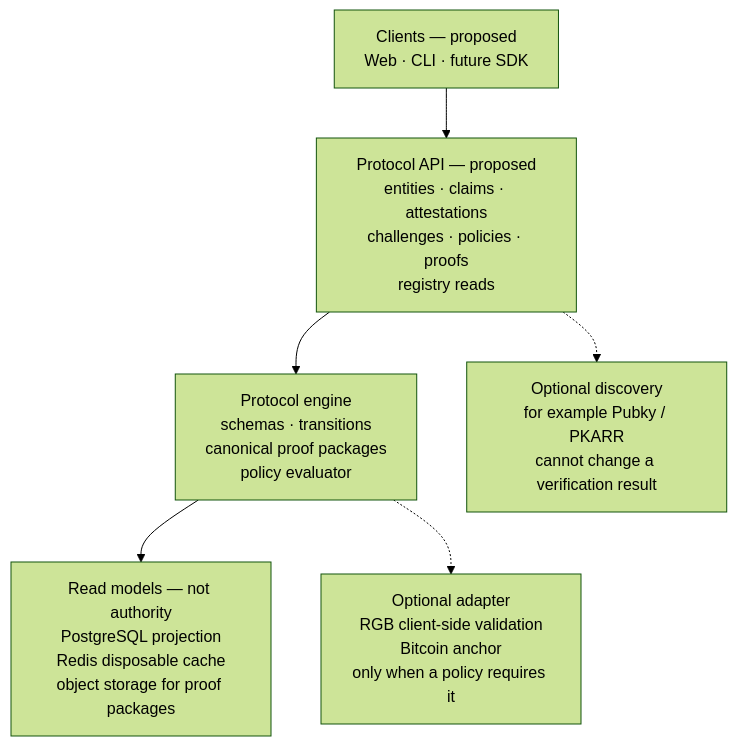
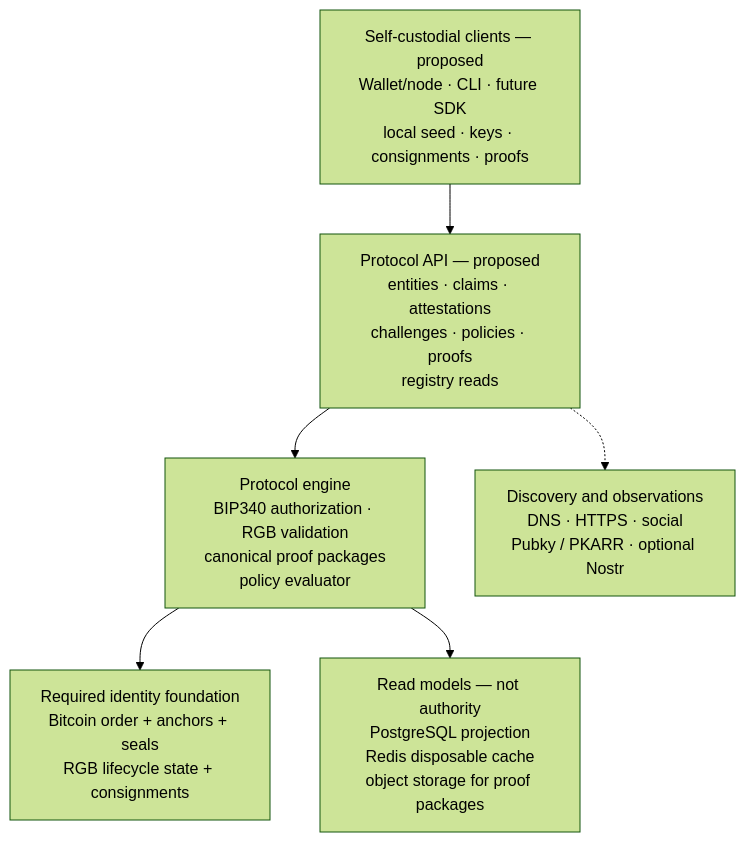
One commit to EdwinKestler/o2a-protocol changed the diagram in docs/diagrams/05-software-stack-architecture.md. Above: the diagram before and after it, drawn with Mermaid (forest theme). The commit also changed other lines of this file and 46 other files, not shown here.

Commit message:
Align O2A with Bitcoin-rooted self-custodial identity

````diff
--- a/docs/diagrams/05-software-stack-architecture.md
+++ b/docs/diagrams/05-software-stack-architecture.md
@@ -5,14 +9,14 @@
 ```mermaid
 flowchart TB
-    WC["Clients — proposed<br/>Web · CLI · future SDK"]
+    WC["Self-custodial clients — proposed<br/>Wallet/node · CLI · future SDK<br/>local seed · keys · consignments · proofs"]
     API["Protocol API — proposed<br/>entities · claims · attestations<br/>challenges · policies · proofs<br/>registry reads"]
-    ENG["Protocol engine<br/>schemas · transitions<br/>canonical proof packages<br/>policy evaluator"]
+    ENG["Protocol engine<br/>BIP340 authorization · RGB validation<br/>canonical proof packages<br/>policy evaluator"]
+    BTC["Required identity foundation<br/>Bitcoin order + anchors + seals<br/>RGB lifecycle state + consignments"]
     RM["Read models — not authority<br/>PostgreSQL projection<br/>Redis disposable cache<br/>object storage for proof packages"]
-    ADAPT["Optional adapter<br/>RGB client-side validation<br/>Bitcoin anchor<br/>only when a policy requires it"]
-    DISC["Optional discovery<br/>for example Pubky / PKARR<br/>cannot change a verification result"]
+    DISC["Discovery and observations<br/>DNS · HTTPS · social<br/>Pubky / PKARR · optional Nostr"]
 
     WC --> API --> ENG
+    ENG --> BTC
     ENG --> RM
-    ENG -.-> ADAPT
     API -.-> DISC
 ```
````
